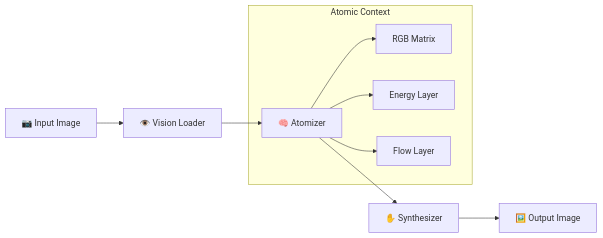
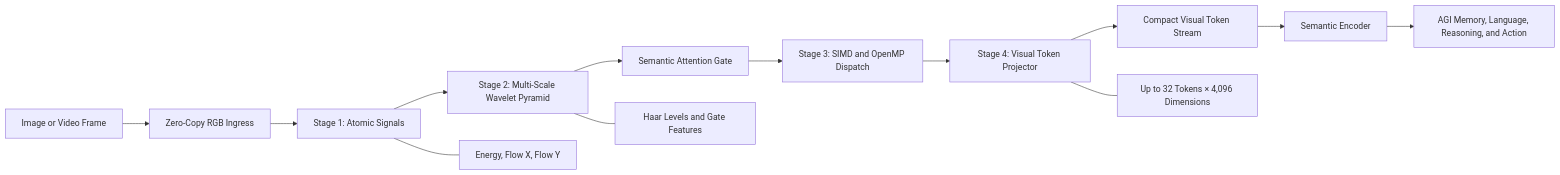
The diagram in README.md (nexuss0781/Image-text), drawn with Mermaid before and after one commit. The commit also changed other lines of this file, not shown here.

Commit message:
docs: modernize AGI vision substrate README

````diff
--- a/README.md
+++ b/README.md
@@ -69,13 +47,16 @@
 ```mermaid
-graph LR
-    A[📷 Input Image] --> B[👁️ Vision Loader]
-    B --> C[🧠 Atomizer]
-    C --> D[✋ Synthesizer]
-    D --> E[🖼️ Output Image]
-    
-    subgraph "Atomic Context"
-        C --> F[RGB Matrix]
-        C --> G[Energy Layer]
-        C --> H[Flow Layer]
-    end
+flowchart LR
+    A[Image or Video Frame] --> B[Zero-Copy RGB Ingress]
+    B --> C[Stage 1: Atomic Signals]
+    C --> D[Stage 2: Multi-Scale Wavelet Pyramid]
+    D --> E[Semantic Attention Gate]
+    E --> F[Stage 3: SIMD and OpenMP Dispatch]
+    F --> G[Stage 4: Visual Token Projector]
+    G --> H[Compact Visual Token Stream]
+    H --> I[Semantic Encoder]
+    I --> J[AGI Memory, Language, Reasoning, and Action]
+
+    C --- C1[Energy, Flow X, Flow Y]
+    D --- D1[Haar Levels and Gate Features]
+    G --- G1[Up to 32 Tokens × 4,096 Dimensions]
 ```
````
